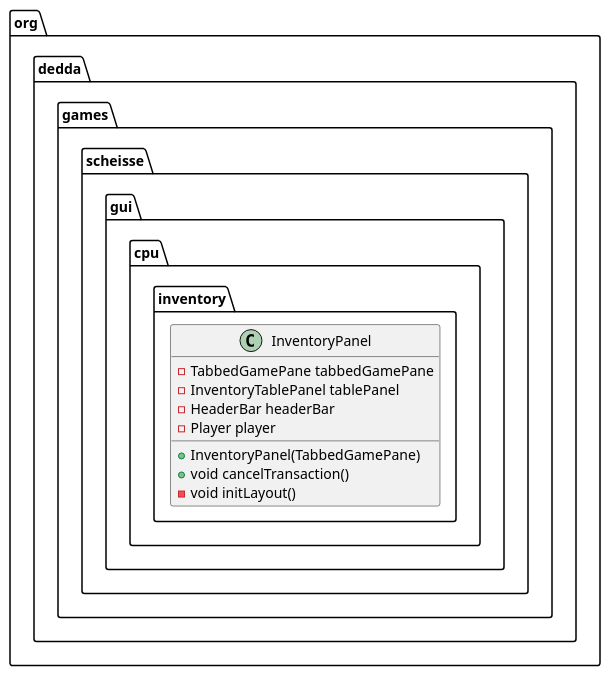
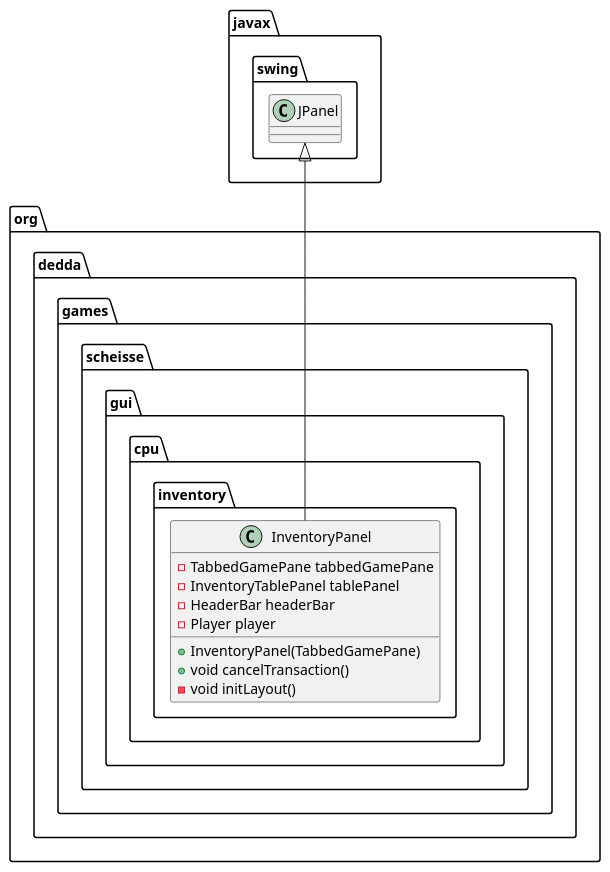
Before and after one commit to gitter-badger/scheisse: the diagram in uml/classes/org.dedda.games.scheisse.gui.cpu.inventory.InventoryPanel.puml, drawn with PlantUML. The commit also changed 16 other files, not shown here.

Commit message:
added more classes to uml and started to implement service client classes

```diff
--- a/uml/classes/org.dedda.games.scheisse.gui.cpu.inventory.InventoryPanel.puml
+++ b/uml/classes/org.dedda.games.scheisse.gui.cpu.inventory.InventoryPanel.puml
@@ -1,11 +1,15 @@
 @startuml
+class javax.swing.JPanel
+
 class org.dedda.games.scheisse.gui.cpu.inventory.InventoryPanel{
     - TabbedGamePane tabbedGamePane
     - InventoryTablePanel tablePanel
     - HeaderBar headerBar
     - Player player
     + InventoryPanel(TabbedGamePane)
     + void cancelTransaction()
     - void initLayout()
 }
+
+javax.swing.JPanel <|-- org.dedda.games.scheisse.gui.cpu.inventory.InventoryPanel
 @enduml
```
